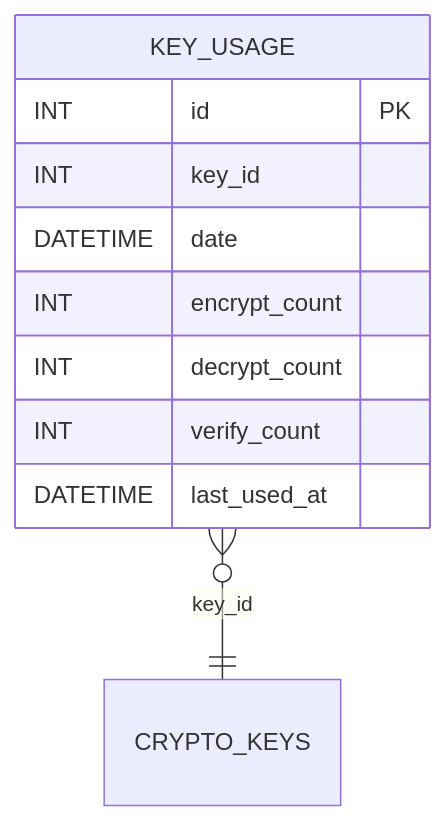
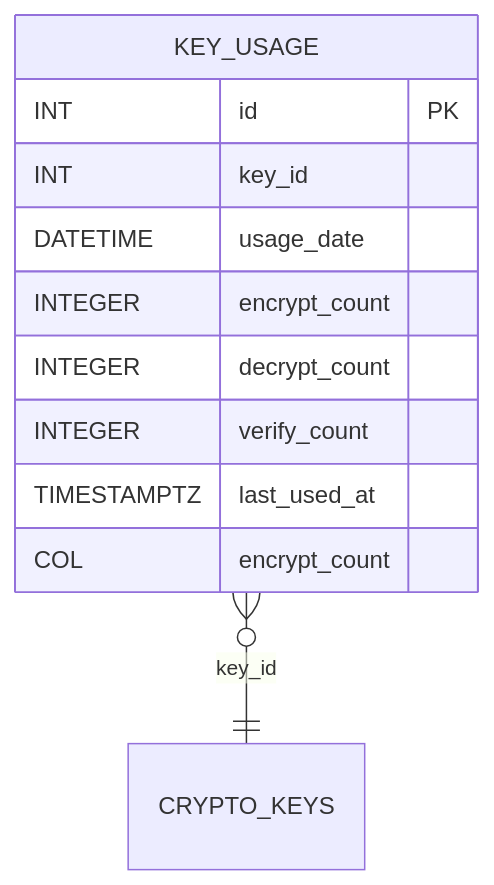
One commit to blackcatdatabase/table-key-usage changed the diagram in README.md. Above: the diagram before and after it, drawn with Mermaid. The commit also changed other lines of this file and 26 other files, not shown here.

First line of the commit message:
Regen schema (#1)

````diff
--- a/README.md
+++ b/README.md
@@ -53,13 +54,14 @@
 ```mermaid
 erDiagram
   KEY_USAGE {
     INT id PK
     INT key_id
-    DATETIME date
-    INT encrypt_count
-    INT decrypt_count
-    INT verify_count
-    DATETIME last_used_at
+    DATETIME usage_date
+    INTEGER encrypt_count
+    INTEGER decrypt_count
+    INTEGER verify_count
+    TIMESTAMPTZ last_used_at
+    COL encrypt_count
   }
   KEY_USAGE }o--|| CRYPTO_KEYS : "key_id"
 ```
````
